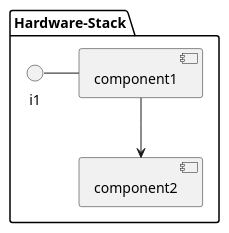
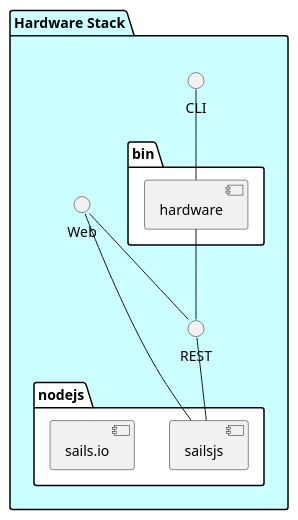
Before and after one commit to CAADE/fleet: the diagram in docs/Solution/Hardware-Stack/Physical.puml, drawn with PlantUML. The commit also changed 79 other files, not shown here.

```diff
--- a/docs/Solution/Hardware-Stack/Physical.puml
+++ b/docs/Solution/Hardware-Stack/Physical.puml
@@ -1,11 +1,21 @@
 @startuml
 
-package "Hardware-Stack" {
-component component1
-component component2
-interface i1
+package "Hardware Stack" #ccffff {
+    interface CLI
+    interface Web
+    interface REST
+    folder nodejs #ffffff {
+        component sailsjs
+        component sails.io
+    }
+    folder bin #ffffff {
+      component hardware
+    }
+}
+CLI -- hardware
+hardware -- REST
+Web -- sailsjs
+Web -- REST
+REST -- sailsjs
 
-}
-i1 - component1
-component1 --> component2
 @enduml
```
